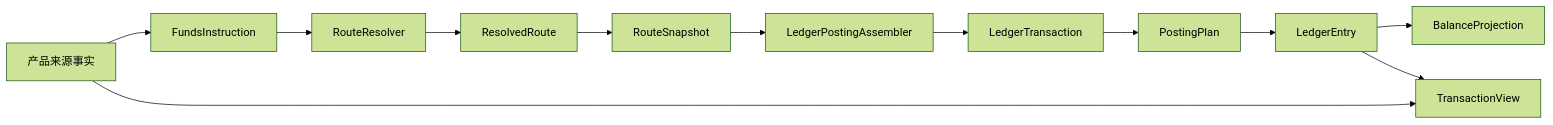
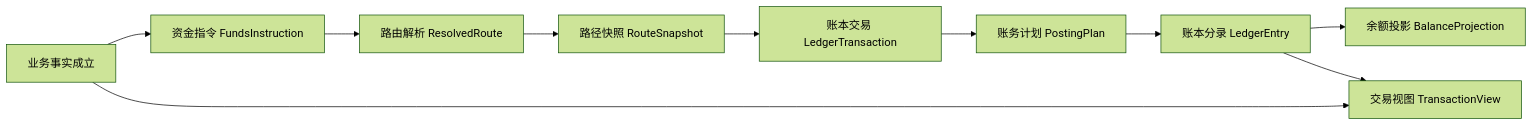
The diagram in docs/DSL设计/支付资金底座最终DSL设计.md (fengwuxp/wind-funds), drawn with Mermaid (forest theme) before and after one commit. The commit also changed other lines of this file and 1 other file, not shown here.

Commit message:
docs: make funds dsl spec human readable

````diff
--- a/docs/DSL设计/支付资金底座最终DSL设计.md
+++ b/docs/DSL设计/支付资金底座最终DSL设计.md
@@ -109,14 +63,12 @@
 ```mermaid
 flowchart LR
-    A["产品来源事实"] --> B["FundsInstruction"]
-    B --> C["RouteResolver"]
-    C --> D["ResolvedRoute"]
-    D --> E["RouteSnapshot"]
-    E --> F["LedgerPostingAssembler"]
-    F --> G["LedgerTransaction"]
-    G --> H["PostingPlan"]
-    H --> I["LedgerEntry"]
-    I --> J["BalanceProjection"]
-    A --> K["TransactionView"]
-    I --> K
+    A["业务事实成立"] --> B["资金指令 FundsInstruction"]
+    B --> C["路由解析 ResolvedRoute"]
+    C --> D["路径快照 RouteSnapshot"]
+    D --> E["账本交易 LedgerTransaction"]
+    E --> F["账务计划 PostingPlan"]
+    F --> G["账本分录 LedgerEntry"]
+    G --> H["余额投影 BalanceProjection"]
+    A --> I["交易视图 TransactionView"]
+    G --> I
 ```
````
